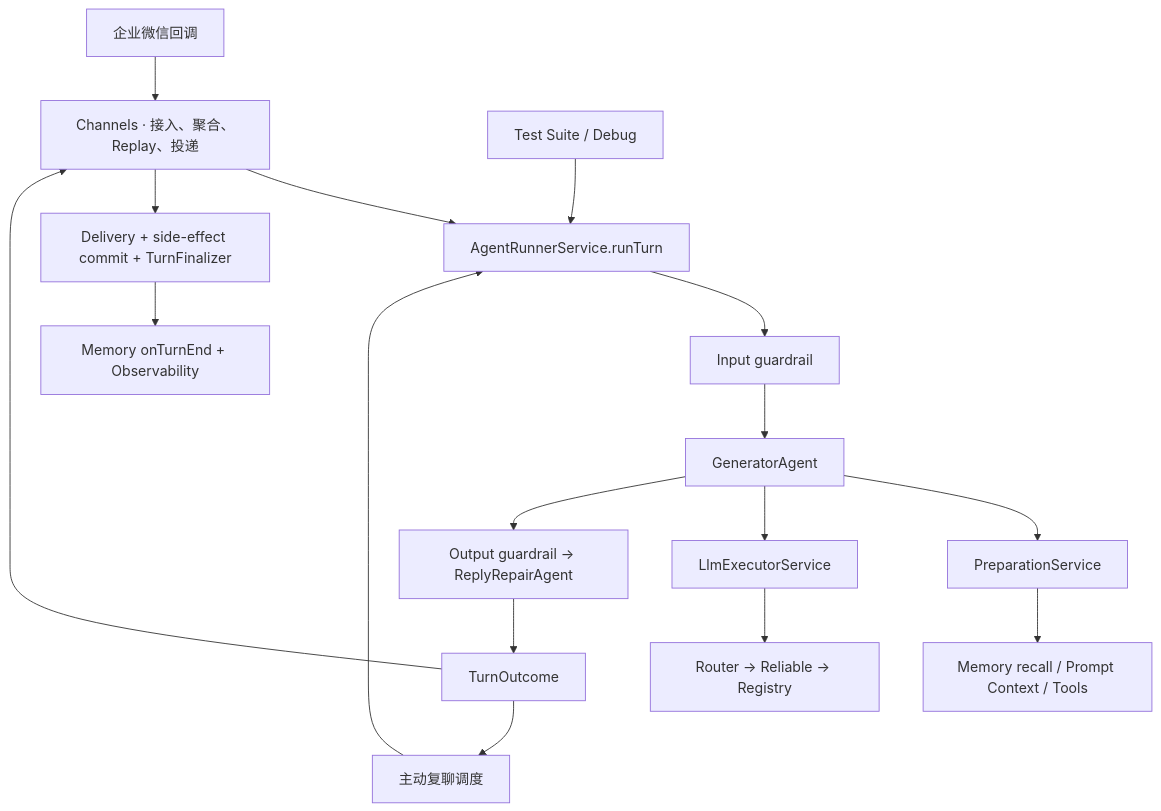
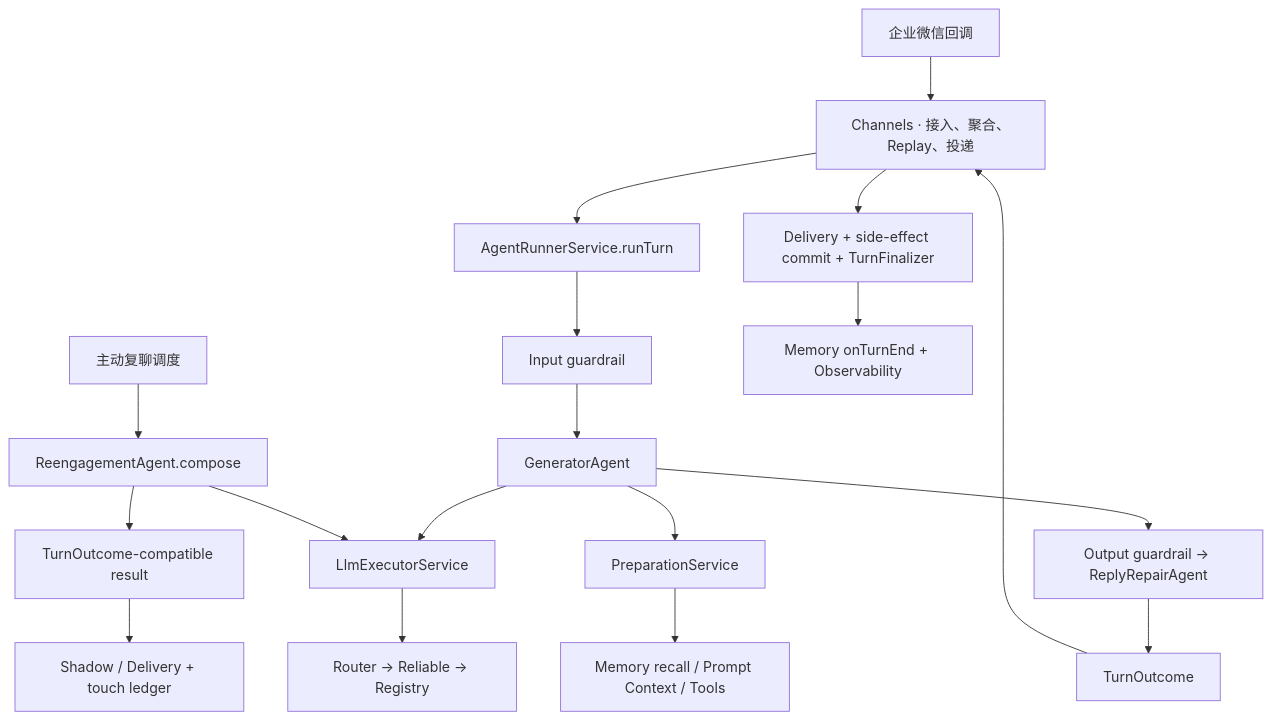
One commit to huajune/cake-agent-runtime changed the diagram in docs/architecture/agent-runtime-architecture.md. Above: the diagram before and after it, drawn with Mermaid. The commit also changed other lines of this file, not shown here.

First line of the commit message:
docs(architecture): 按当前生产调用链复核运行时架构文档

````diff
--- a/docs/architecture/agent-runtime-architecture.md
+++ b/docs/architecture/agent-runtime-architecture.md
@@ -23,19 +23,20 @@
 ```mermaid
 flowchart TD
     A["企业微信回调"] --> B["Channels · 接入、聚合、Replay、投递"]
-    A2["主动复聊调度"] --> C["AgentRunnerService.runTurn"]
-    A3["Test Suite / Debug"] --> C
+    A2["主动复聊调度"] --> R["ReengagementAgent.compose"]
     B --> C
-    C --> D["Input guardrail"]
+    C["AgentRunnerService.runTurn"] --> D["Input guardrail"]
     D --> E["GeneratorAgent"]
     E --> F["PreparationService"]
     F --> G["Memory recall / Prompt Context / Tools"]
     E --> H["LlmExecutorService"]
+    R --> H
     H --> I["Router → Reliable → Registry"]
     E --> J["Output guardrail → ReplyRepairAgent"]
     J --> K["TurnOutcome"]
     K --> B
-    K --> A2
     B --> L["Delivery + side-effect commit + TurnFinalizer"]
     L --> M["Memory onTurnEnd + Observability"]
+    R --> K2["TurnOutcome-compatible result"]
+    K2 --> R2["Shadow / Delivery + touch ledger"]
 ```
````
